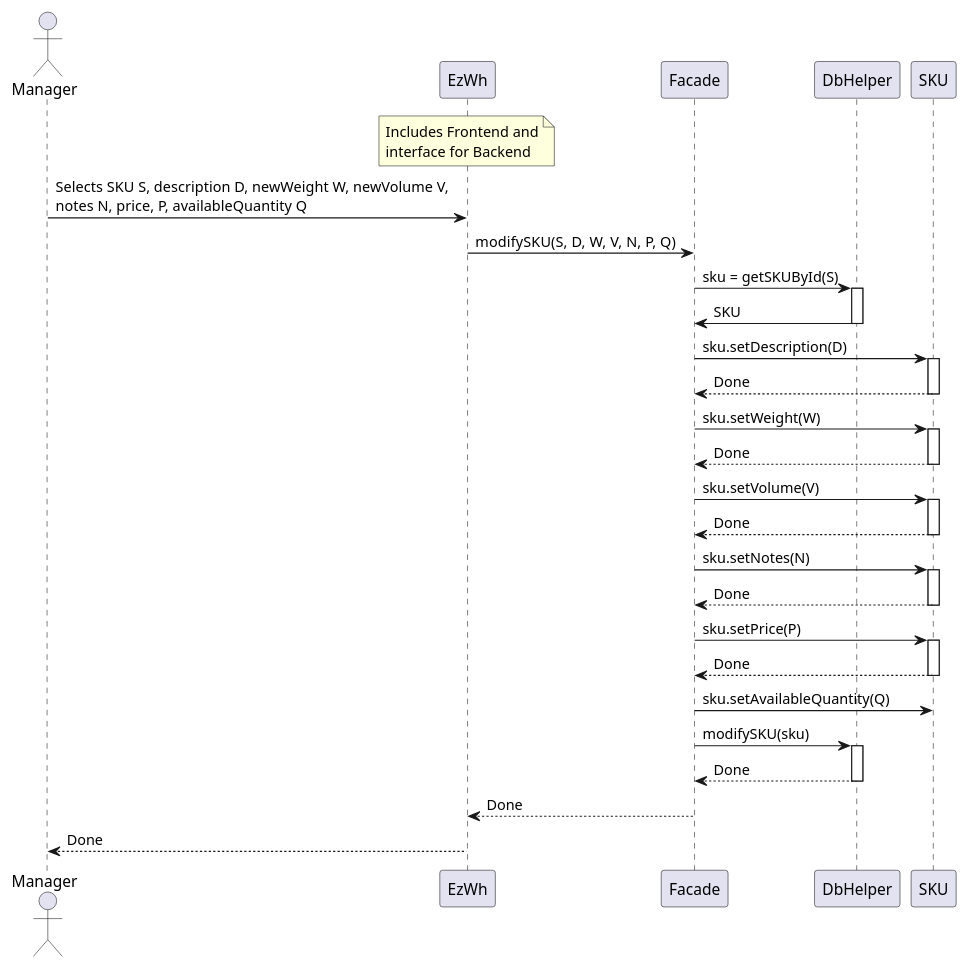
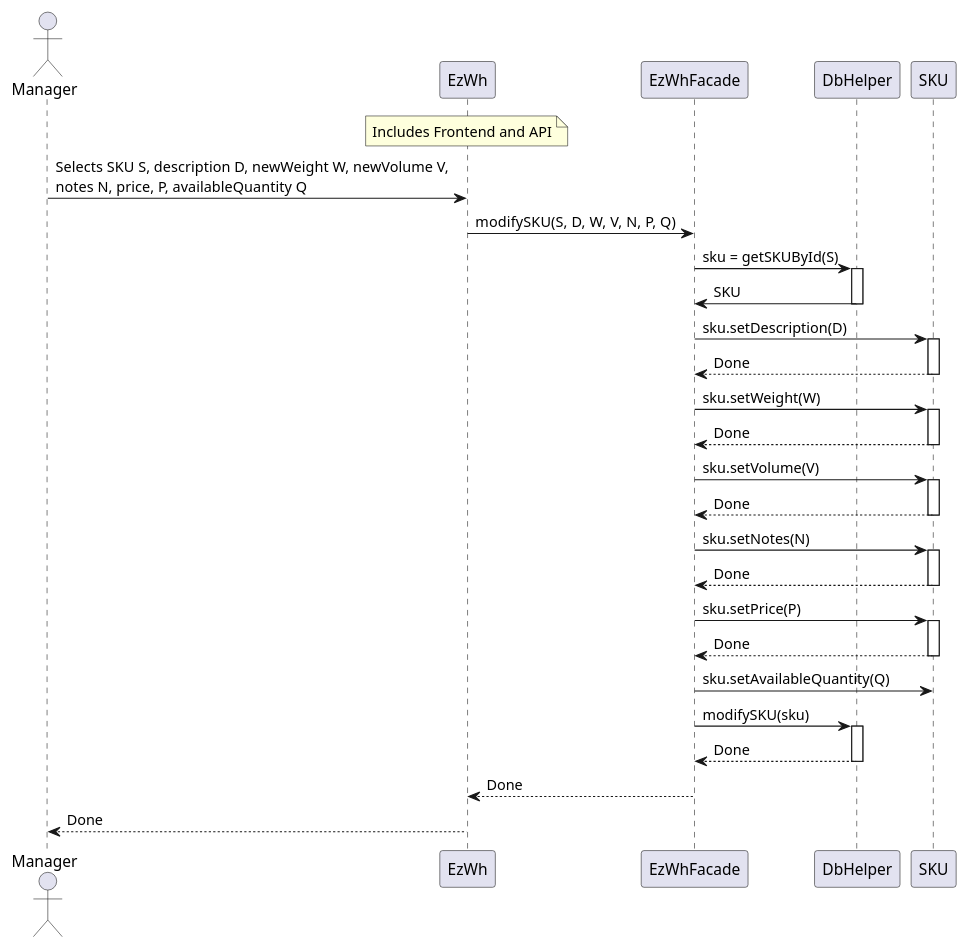
One commit to giuseppe-dandrea/EzWh changed the third of 12 diagrams in DesignDocument.md. Above: the diagram before and after it, drawn with PlantUML. The commit also changed other lines of this file and 1 other file, not shown here.

Commit message:
Added low_level_design_diagram.svg. Changed some terms for consistency.

````diff
--- a/DesignDocument.md
+++ b/DesignDocument.md
@@ -566,42 +570,42 @@
 ```plantuml
 actor Manager
 participant EzWh
-note over EzWh: Includes Frontend and\ninterface for Backend
-participant Facade
+note over EzWh: Includes Frontend and API
+participant EzWhFacade
 participant DbHelper
 participant SKU
 
 Manager -> EzWh: Selects SKU S, description D, newWeight W, newVolume V,\nnotes N, price, P, availableQuantity Q
-EzWh -> Facade: modifySKU(S, D, W, V, N, P, Q)
-Facade -> DbHelper : sku = getSKUById(S)
+EzWh -> EzWhFacade: modifySKU(S, D, W, V, N, P, Q)
+EzWhFacade -> DbHelper : sku = getSKUById(S)
 activate DbHelper
-DbHelper -> Facade : SKU
+DbHelper -> EzWhFacade : SKU
 deactivate DbHelper
-Facade -> SKU: sku.setDescription(D)
+EzWhFacade -> SKU: sku.setDescription(D)
 activate SKU
-SKU --> Facade: Done
+SKU --> EzWhFacade: Done
 deactivate SKU
-Facade -> SKU: sku.setWeight(W)
+EzWhFacade -> SKU: sku.setWeight(W)
 activate SKU
-SKU --> Facade: Done
+SKU --> EzWhFacade: Done
 deactivate SKU
-Facade -> SKU: sku.setVolume(V)
+EzWhFacade -> SKU: sku.setVolume(V)
 activate SKU
-SKU --> Facade: Done
+SKU --> EzWhFacade: Done
 deactivate SKU
-Facade -> SKU: sku.setNotes(N)
+EzWhFacade -> SKU: sku.setNotes(N)
 activate SKU
-SKU --> Facade: Done
+SKU --> EzWhFacade: Done
 deactivate SKU
-Facade -> SKU: sku.setPrice(P)
+EzWhFacade -> SKU: sku.setPrice(P)
 activate SKU
-SKU --> Facade: Done
+SKU --> EzWhFacade: Done
 deactivate SKU
-Facade -> SKU: sku.setAvailableQuantity(Q)
-Facade -> DbHelper : modifySKU(sku)
+EzWhFacade -> SKU: sku.setAvailableQuantity(Q)
+EzWhFacade -> DbHelper : modifySKU(sku)
 activate DbHelper
-DbHelper --> Facade : Done
+DbHelper --> EzWhFacade : Done
 deactivate DbHelper
-Facade --> EzWh : Done
+EzWhFacade --> EzWh : Done
 EzWh --> Manager : Done
 ```
````
